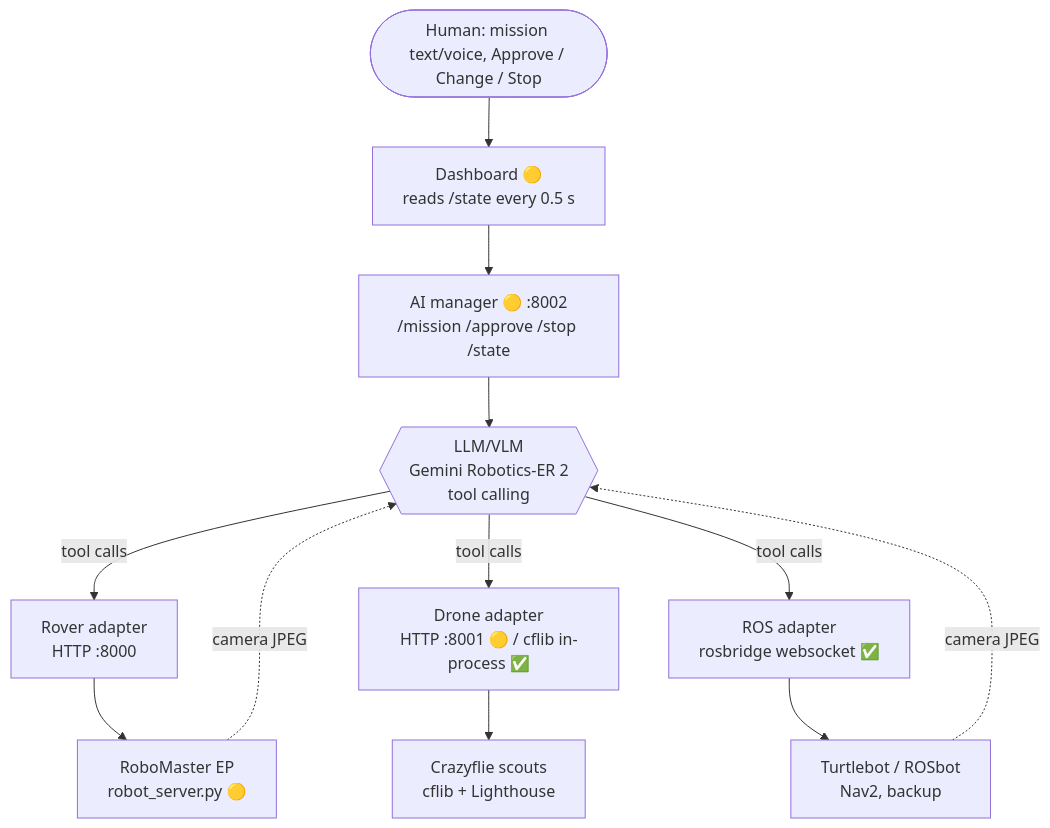
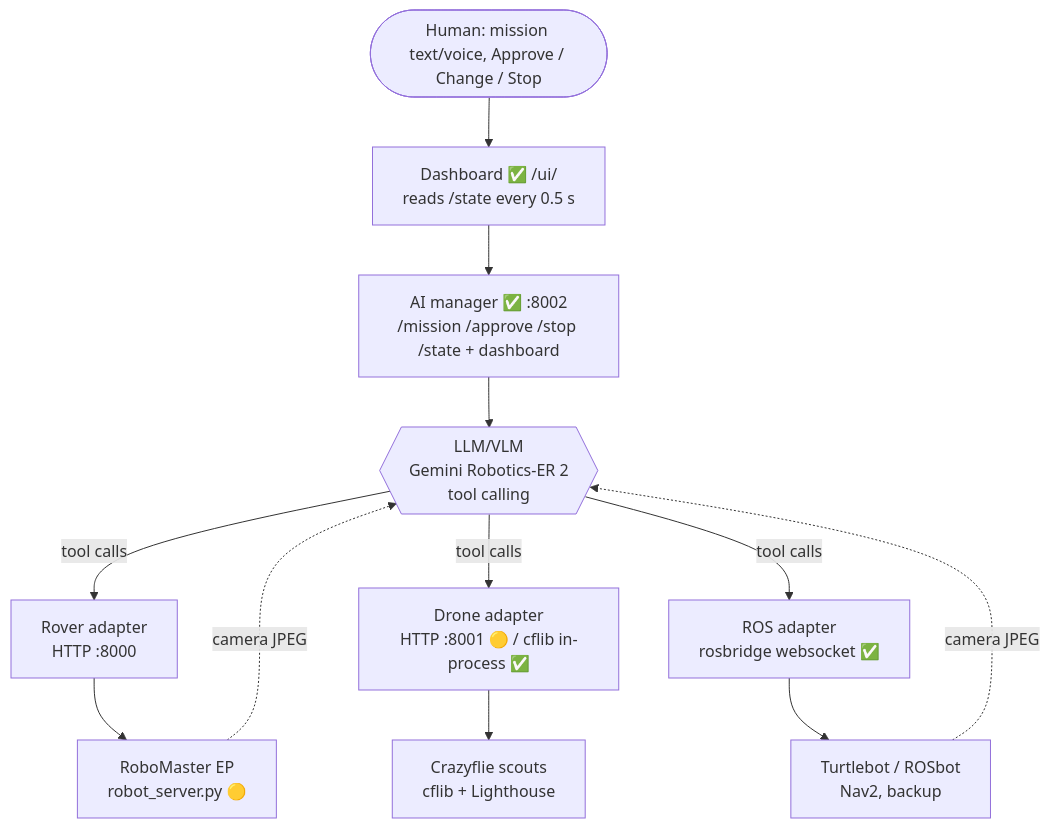
The diagram in README.md (IamHetPatel/marc), drawn with Mermaid before and after one commit. The commit also changed other lines of this file and 2 other files, not shown here.

````diff
--- a/README.md
+++ b/README.md
@@ -13,20 +13,20 @@
 ```mermaid
 flowchart TB
     H([Human: mission text/voice, Approve / Change / Stop])
-    D[Dashboard 🟡<br/>reads /state every 0.5 s]
-    M[AI manager 🟡 :8002<br/>/mission /approve /stop /state]
+    D[Dashboard ✅ /ui/<br/>reads /state every 0.5 s]
+    M[AI manager ✅ :8002<br/>/mission /approve /stop /state + dashboard]
     L{{LLM/VLM<br/>Gemini Robotics-ER 2<br/>tool calling}}
     A1[Rover adapter<br/>HTTP :8000]
     A2[Drone adapter<br/>HTTP :8001 🟡 / cflib in-process ✅]
     A3[ROS adapter<br/>rosbridge websocket ✅]
     R1[RoboMaster EP<br/>robot_server.py 🟡]
     R2[Crazyflie scouts<br/>cflib + Lighthouse]
     R3[Turtlebot / ROSbot<br/>Nav2, backup]
 
     H --> D --> M --> L
     L -- "tool calls" --> A1 & A2 & A3
     A1 --> R1
     A2 --> R2
     A3 --> R3
     R1 & R3 -. "camera JPEG" .-> L
 ```
````
